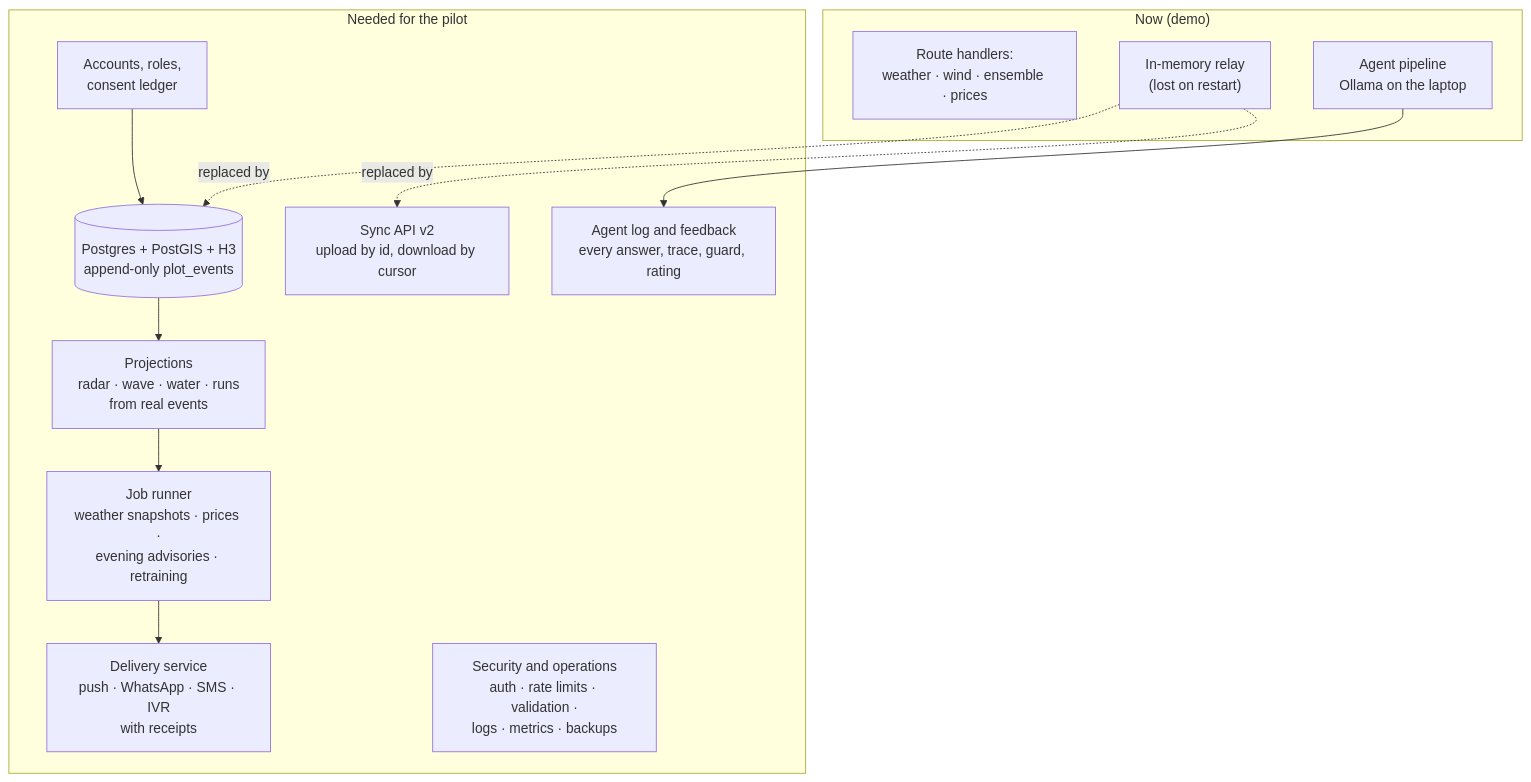
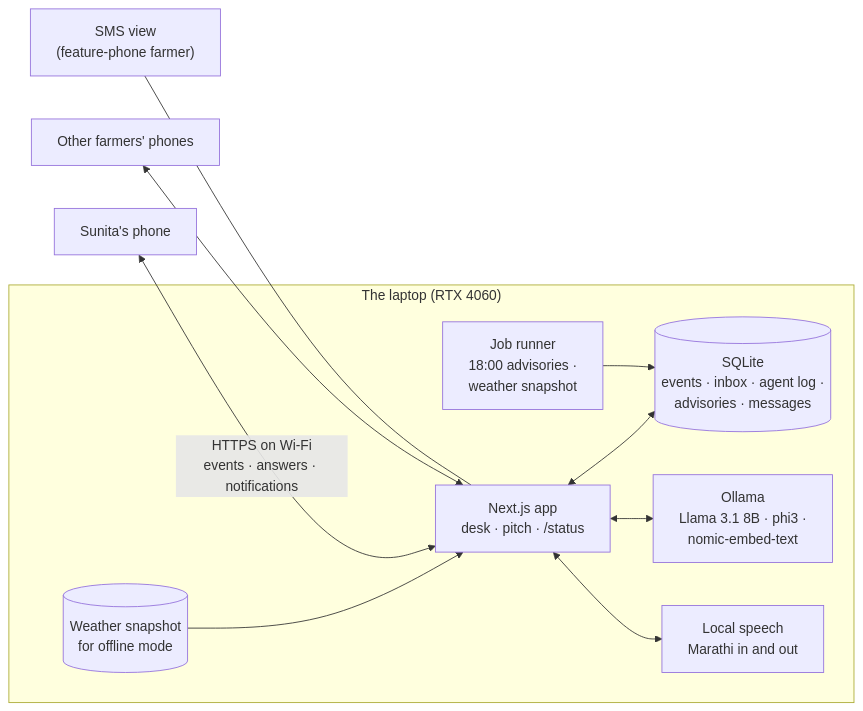
One commit to vizsh/KhetKundli changed the first of 2 diagrams in docs/NEXT-STEPS.md. Above: the diagram before and after it, drawn with Mermaid. The commit also changed other lines of this file and 2 other files, not shown here.

First line of the commit message:
Rewrite next steps for a local-only prototype

````diff
--- a/docs/NEXT-STEPS.md
+++ b/docs/NEXT-STEPS.md
@@ -21,23 +89,19 @@
 ```mermaid
-flowchart TB
-  subgraph Now["Now (demo)"]
-    N1["Route handlers:<br/>weather · wind · ensemble · prices"]
-    N2["In-memory relay<br/>(lost on restart)"]
-    N3["Agent pipeline<br/>Ollama on the laptop"]
+flowchart LR
+  subgraph Laptop["The laptop (RTX 4060)"]
+    APP["Next.js app<br/>desk · pitch · /status"]
+    DB[("SQLite<br/>events · inbox · agent log ·<br/>advisories · messages")]
+    JOBS["Job runner<br/>18:00 advisories ·<br/>weather snapshot"]
+    OLL["Ollama<br/>Llama 3.1 8B · phi3 ·<br/>nomic-embed-text"]
+    SPEECH["Local speech<br/>Marathi in and out"]
+    SNAP[("Weather snapshot<br/>for offline mode")]
+    APP <--> DB
+    JOBS --> DB
+    APP <--> OLL
+    APP <--> SPEECH
+    SNAP --> APP
   end
-  subgraph Pilot["Needed for the pilot"]
-    P1[("Postgres + PostGIS + H3<br/>append-only plot_events")]
-    P2["Accounts, roles,<br/>consent ledger"]
-    P3["Sync API v2<br/>upload by id, download by cursor"]
-    P4["Projections<br/>radar · wave · water · runs<br/>from real events"]
-    P5["Job runner<br/>weather snapshots · prices ·<br/>evening advisories · retraining"]
-    P6["Delivery service<br/>push · WhatsApp · SMS · IVR<br/>with receipts"]
-    P7["Agent log and feedback<br/>every answer, trace, guard, rating"]
-    P8["Security and operations<br/>auth · rate limits · validation ·<br/>logs · metrics · backups"]
-  end
-  N2 -. "replaced by" .-> P1
-  N2 -. "replaced by" .-> P3
-  N3 --> P7
-  P1 --> P4 --> P5 --> P6
-  P2 --> P1
+  P1["Sunita's phone"] <-->|"HTTPS on Wi-Fi<br/>events · answers · notifications"| APP
+  P2["Other farmers' phones"] <--> APP
+  SMS["SMS view<br/>(feature-phone farmer)"] --- APP
 ```
````
